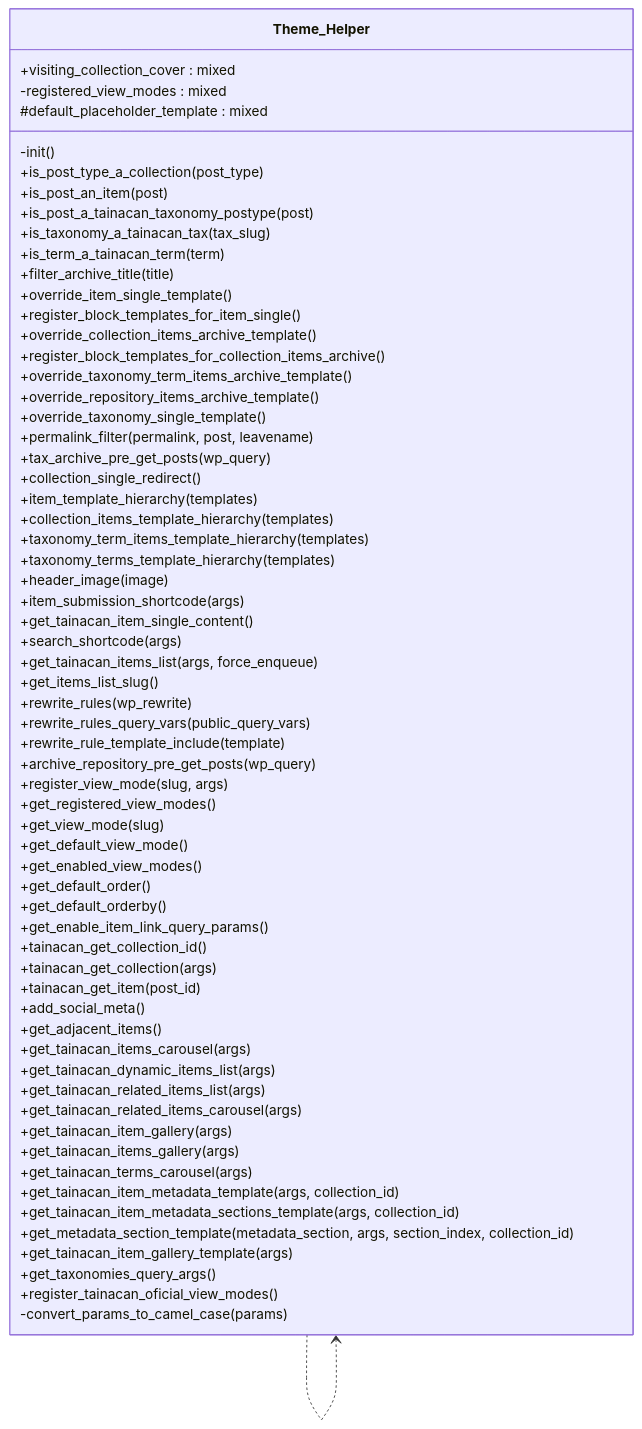
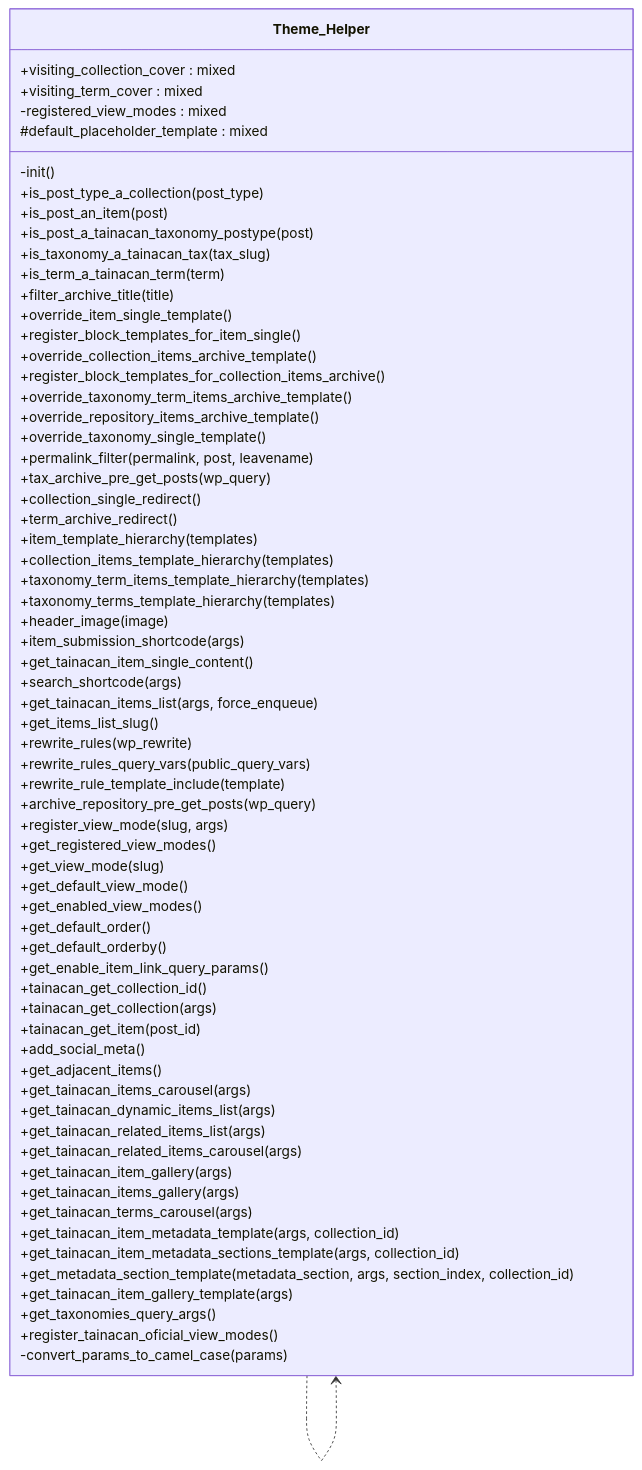
One commit to tainacan/tainacan changed the diagram in docs/phpdoc/classes/Tainacan/Theme_Helper.mmd. Above: the diagram before and after it, drawn with Mermaid. The commit also changed 9 other files, not shown here.

```diff
--- a/docs/phpdoc/classes/Tainacan/Theme_Helper.mmd
+++ b/docs/phpdoc/classes/Tainacan/Theme_Helper.mmd
@@ -1,66 +1,68 @@
 classDiagram
     direction TB
     class Theme_Helper {
         +visiting_collection_cover : mixed
+        +visiting_term_cover : mixed
         -registered_view_modes : mixed
         #default_placeholder_template : mixed
         -init()
         +is_post_type_a_collection(post_type)
         +is_post_an_item(post)
         +is_post_a_tainacan_taxonomy_postype(post)
         +is_taxonomy_a_tainacan_tax(tax_slug)
         +is_term_a_tainacan_term(term)
         +filter_archive_title(title)
         +override_item_single_template()
         +register_block_templates_for_item_single()
         +override_collection_items_archive_template()
         +register_block_templates_for_collection_items_archive()
         +override_taxonomy_term_items_archive_template()
         +override_repository_items_archive_template()
         +override_taxonomy_single_template()
         +permalink_filter(permalink, post, leavename)
         +tax_archive_pre_get_posts(wp_query)
         +collection_single_redirect()
+        +term_archive_redirect()
         +item_template_hierarchy(templates)
         +collection_items_template_hierarchy(templates)
         +taxonomy_term_items_template_hierarchy(templates)
         +taxonomy_terms_template_hierarchy(templates)
         +header_image(image)
         +item_submission_shortcode(args)
         +get_tainacan_item_single_content()
         +search_shortcode(args)
         +get_tainacan_items_list(args, force_enqueue)
         +get_items_list_slug()
         +rewrite_rules(wp_rewrite)
         +rewrite_rules_query_vars(public_query_vars)
         +rewrite_rule_template_include(template)
         +archive_repository_pre_get_posts(wp_query)
         +register_view_mode(slug, args)
         +get_registered_view_modes()
         +get_view_mode(slug)
         +get_default_view_mode()
         +get_enabled_view_modes()
         +get_default_order()
         +get_default_orderby()
         +get_enable_item_link_query_params()
         +tainacan_get_collection_id()
         +tainacan_get_collection(args)
         +tainacan_get_item(post_id)
         +add_social_meta()
         +get_adjacent_items()
         +get_tainacan_items_carousel(args)
         +get_tainacan_dynamic_items_list(args)
         +get_tainacan_related_items_list(args)
         +get_tainacan_related_items_carousel(args)
         +get_tainacan_item_gallery(args)
         +get_tainacan_items_gallery(args)
         +get_tainacan_terms_carousel(args)
         +get_tainacan_item_metadata_template(args, collection_id)
         +get_tainacan_item_metadata_sections_template(args, collection_id)
         +get_metadata_section_template(metadata_section, args, section_index, collection_id)
         +get_tainacan_item_gallery_template(args)
         +get_taxonomies_query_args()
         +register_tainacan_oficial_view_modes()
         -convert_params_to_camel_case(params)
     }
     Theme_Helper ..> Theme_Helper
```
